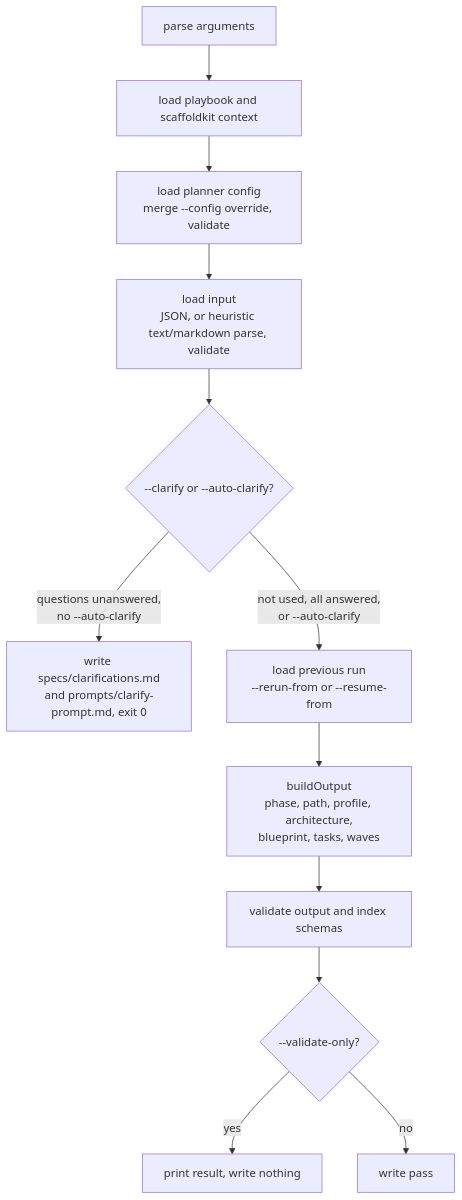
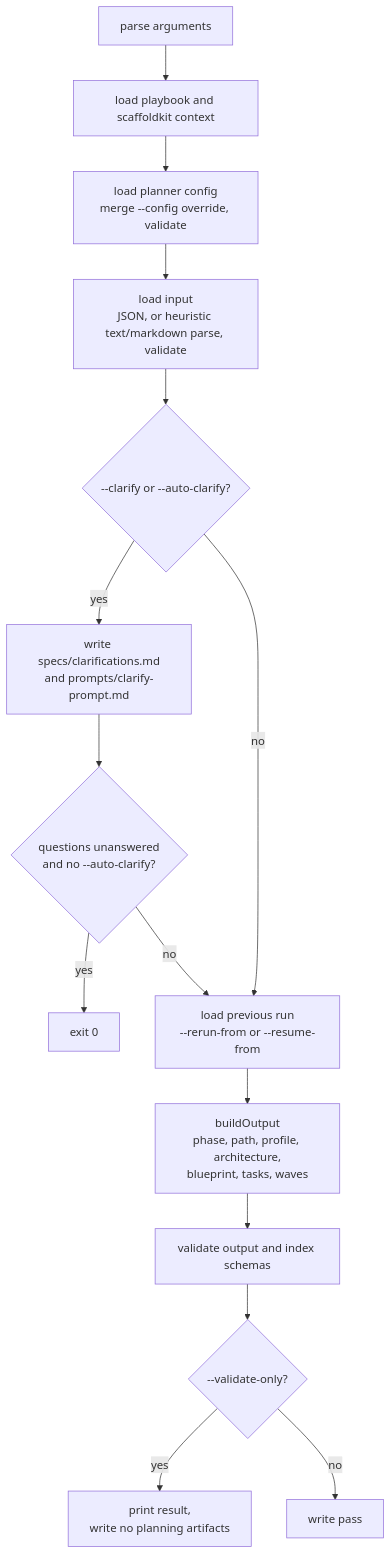
Before and after one commit to LanNguyenSi/agent-planforge: the second of 3 diagrams in docs/architecture.md, drawn with Mermaid. The commit also changed other lines of this file and 1 other file, not shown here.

````diff
--- a/docs/architecture.md
+++ b/docs/architecture.md
@@ -50,14 +50,17 @@
 ```mermaid
 flowchart TD
   A["parse arguments"] --> B["load playbook and scaffoldkit context"]
   B --> C["load planner config<br/>merge --config override, validate"]
   C --> D["load input<br/>JSON, or heuristic text/markdown parse, validate"]
   D --> E{"--clarify or --auto-clarify?"}
-  E -->|"questions unanswered,<br/>no --auto-clarify"| STOP["write specs/clarifications.md<br/>and prompts/clarify-prompt.md, exit 0"]
-  E -->|"not used, all answered,<br/>or --auto-clarify"| F["load previous run<br/>--rerun-from or --resume-from"]
+  E -->|"yes"| CW["write specs/clarifications.md<br/>and prompts/clarify-prompt.md"]
+  CW --> Q{"questions unanswered<br/>and no --auto-clarify?"}
+  Q -->|"yes"| STOP["exit 0"]
+  E -->|"no"| F["load previous run<br/>--rerun-from or --resume-from"]
+  Q -->|"no"| F
   F --> G["buildOutput<br/>phase, path, profile, architecture,<br/>blueprint, tasks, waves"]
   G --> H["validate output and index schemas"]
   H --> I{"--validate-only?"}
-  I -->|"yes"| EXIT["print result, write nothing"]
+  I -->|"yes"| EXIT["print result,<br/>write no planning artifacts"]
   I -->|"no"| W["write pass"]
 ```
````
